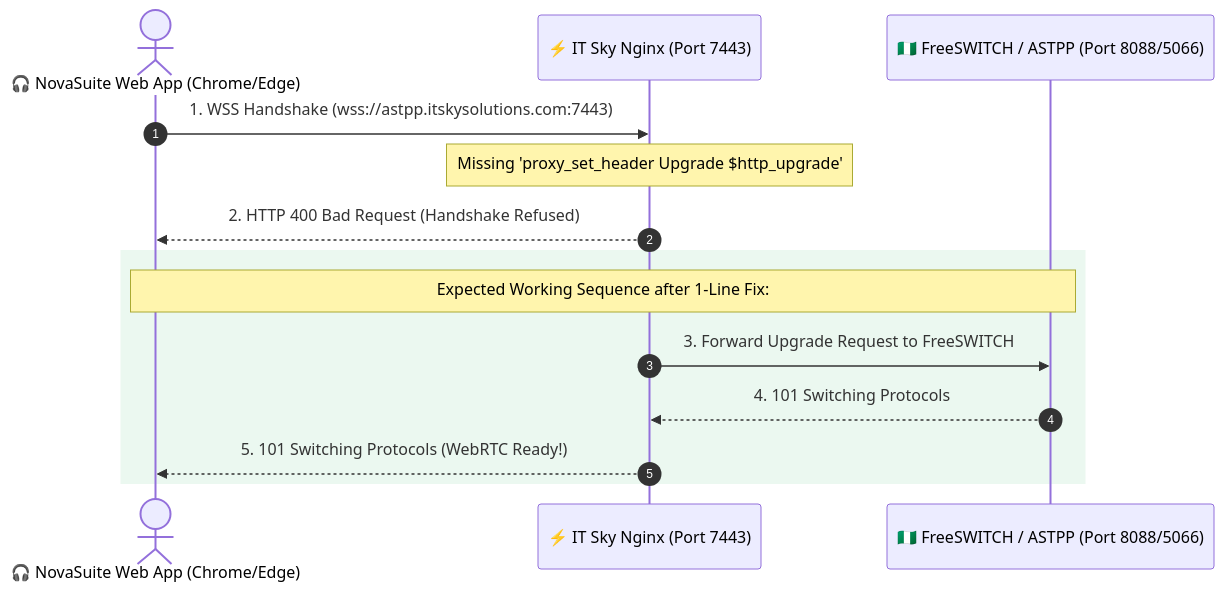
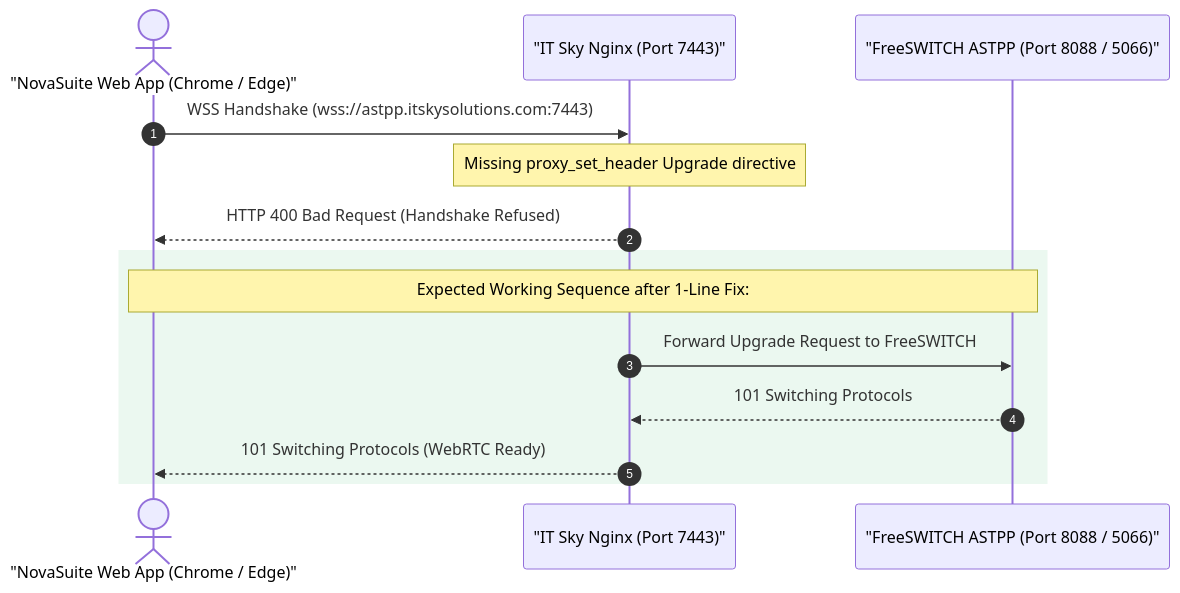
The diagram in Documentation/IT_SKY_WEBRTC_WSS_STATUS_MEMO.md (odufu/NovaSuit), drawn with Mermaid before and after one commit. The commit also changed 1 other file, not shown here.

Commit message:
docs: update Mermaid diagram syntax for Mermaid v11.15.0 compatibility

````diff
--- a/Documentation/IT_SKY_WEBRTC_WSS_STATUS_MEMO.md
+++ b/Documentation/IT_SKY_WEBRTC_WSS_STATUS_MEMO.md
@@ -23,18 +23,18 @@
 ```mermaid
 sequenceDiagram
     autonumber
-    actor Browser as 🎧 NovaSuite Web App (Chrome/Edge)
-    participant Nginx as ⚡ IT Sky Nginx (Port 7443)
-    participant FS as 🇳🇬 FreeSWITCH / ASTPP (Port 8088/5066)
+    actor Browser as "NovaSuite Web App (Chrome / Edge)"
+    participant Nginx as "IT Sky Nginx (Port 7443)"
+    participant FS as "FreeSWITCH ASTPP (Port 8088 / 5066)"
 
-    Browser->>Nginx: 1. WSS Handshake (wss://astpp.itskysolutions.com:7443)
-    Note over Nginx: Missing 'proxy_set_header Upgrade $http_upgrade'
-    Nginx-->>Browser: 2. HTTP 400 Bad Request (Handshake Refused)
+    Browser->>Nginx: WSS Handshake (wss://astpp.itskysolutions.com:7443)
+    Note over Nginx: Missing proxy_set_header Upgrade directive
+    Nginx-->>Browser: HTTP 400 Bad Request (Handshake Refused)
     
     rect rgb(235, 248, 240)
-    Note over Browser,FS: Expected Working Sequence after 1-Line Fix:
-    Nginx->>FS: 3. Forward Upgrade Request to FreeSWITCH
-    FS-->>Nginx: 4. 101 Switching Protocols
-    Nginx-->>Browser: 5. 101 Switching Protocols (WebRTC Ready!)
+        Note over Browser,FS: Expected Working Sequence after 1-Line Fix:
+        Nginx->>FS: Forward Upgrade Request to FreeSWITCH
+        FS-->>Nginx: 101 Switching Protocols
+        Nginx-->>Browser: 101 Switching Protocols (WebRTC Ready)
     end
 ```
````
